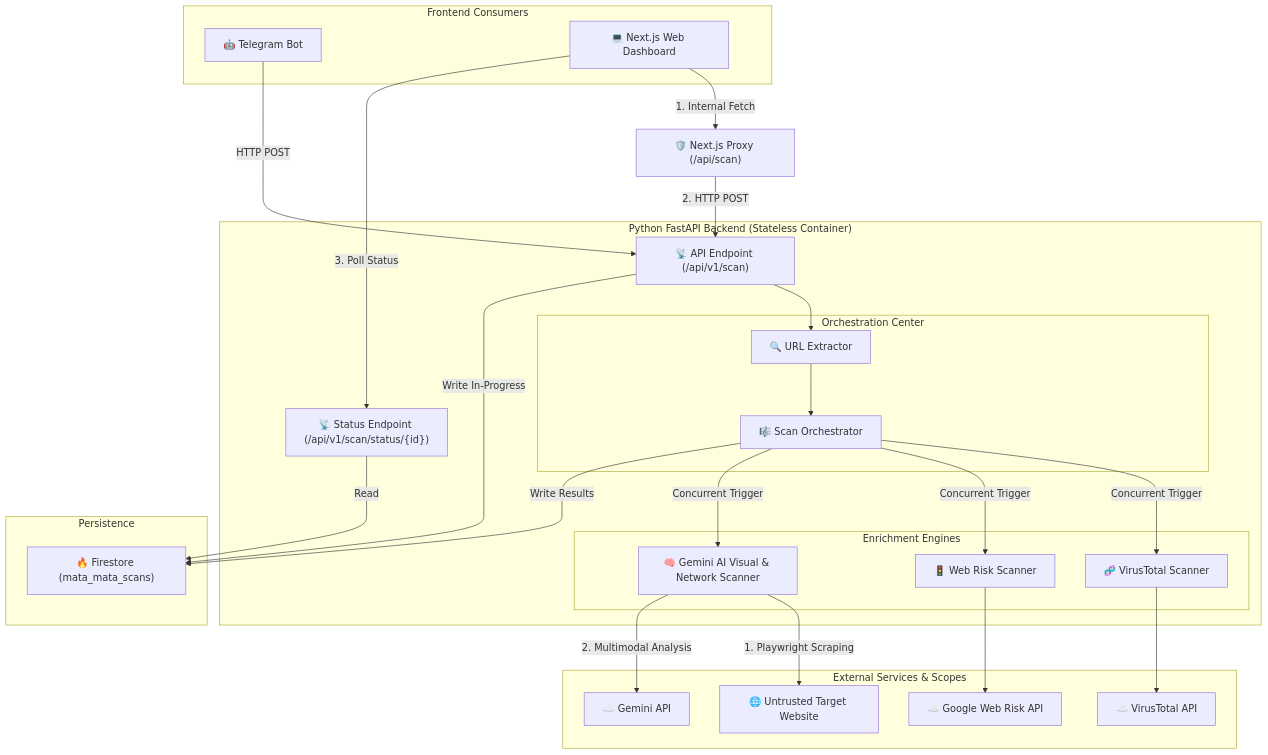
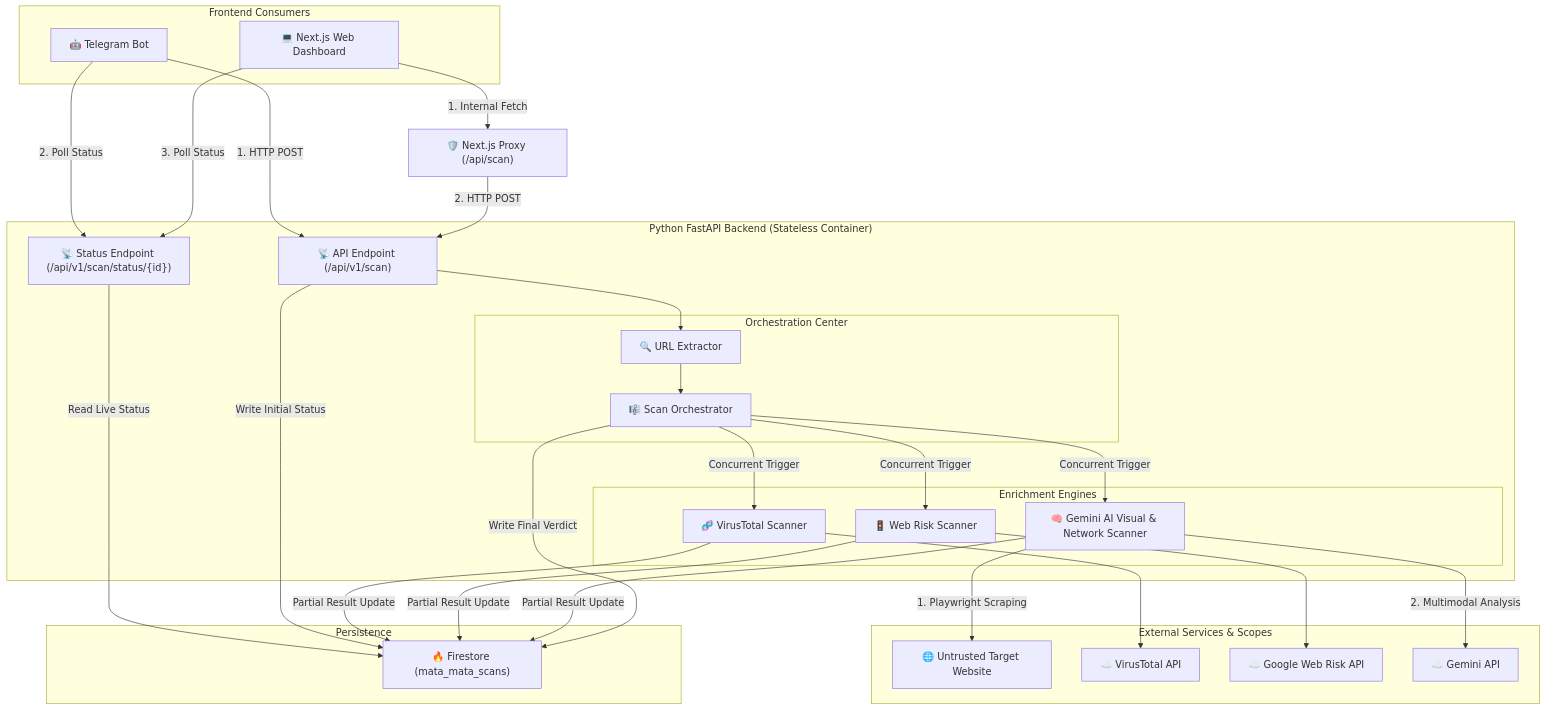
One commit to repulsivityy/project_mata_mata changed the first of 2 diagrams in docs/ARCHITECTURE.MD. Above: the diagram before and after it, drawn with Mermaid. The commit also changed other lines of this file and 3 other files, not shown here.

````diff
--- a/docs/ARCHITECTURE.MD
+++ b/docs/ARCHITECTURE.MD
@@ -9,62 +9,66 @@
 ```mermaid
 graph TD
     subgraph Clients ["Frontend Consumers"]
         Telegram["🤖 Telegram Bot"]
         WebUI["💻 Next.js Web Dashboard"]
     end
 
     subgraph Backend ["Python FastAPI Backend (Stateless Container)"]
         API["📡 API Endpoint (/api/v1/scan)"]
         Status["📡 Status Endpoint (/api/v1/scan/status/{id})"]
         
         subgraph Core ["Orchestration Center"]
             Extract["🔍 URL Extractor"]
             Orch["🎼 Scan Orchestrator"]
         end
 
         subgraph Scanners ["Enrichment Engines"]
             VT["🧬 VirusTotal Scanner"]
             WR["🚦 Web Risk Scanner"]
             AI["🧠 Gemini AI Visual & Network Scanner"]
         end
     end
 
     subgraph Data ["Persistence"]
         FS["🔥 Firestore (mata_mata_scans)"]
     end
 
     subgraph External ["External Services & Scopes"]
         TargetWeb["🌐 Untrusted Target Website"]
         VTAPI["☁️ VirusTotal API"]
         WRAPI["☁️ Google Web Risk API"]
         GeminiAPI["☁️ Gemini API"]
     end
 
     %% Client Interactions
-    Telegram -->|HTTP POST| API
+    Telegram -->|1. HTTP POST| API
     WebUI -->|1. Internal Fetch| Proxy["🛡️ Next.js Proxy (/api/scan)"]
     Proxy -->|2. HTTP POST| API
     
-    %% Polling
+    %% Polling & Streaming
+    Telegram -->|2. Poll Status| Status
     WebUI -->|3. Poll Status| Status
-    Status -->|Read| FS
+    Status -->|Read Live Status| FS
     
     %% Internal Routing
     API --> Extract
     Extract --> Orch
-    API -->|Write In-Progress| FS
+    API -->|Write Initial Status| FS
 
-    %% Orchestration
+    %% Orchestration & Callback
     Orch -->|Concurrent Trigger| VT
     Orch -->|Concurrent Trigger| WR
     Orch -->|Concurrent Trigger| AI
+    VT -->|Partial Result Update| FS
+    WR -->|Partial Result Update| FS
+    AI -->|Partial Result Update| FS
 
     %% Data Fetching
     VT --> VTAPI
     WR --> WRAPI
     AI -->|1. Playwright Scraping| TargetWeb
     AI -->|2. Multimodal Analysis| GeminiAPI
 
     %% Results
-    Orch -->|Write Results| FS
+    Orch -->|Write Final Verdict| FS
 ```
````
